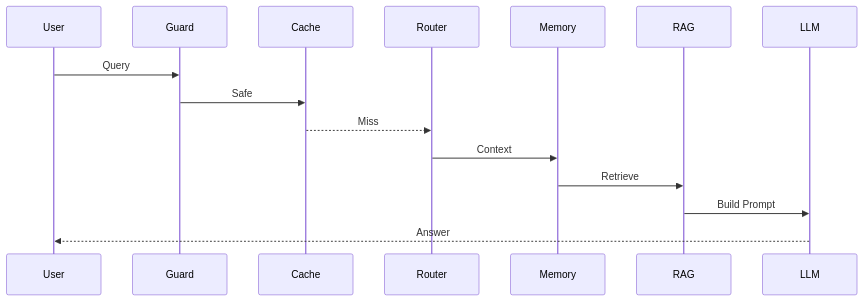
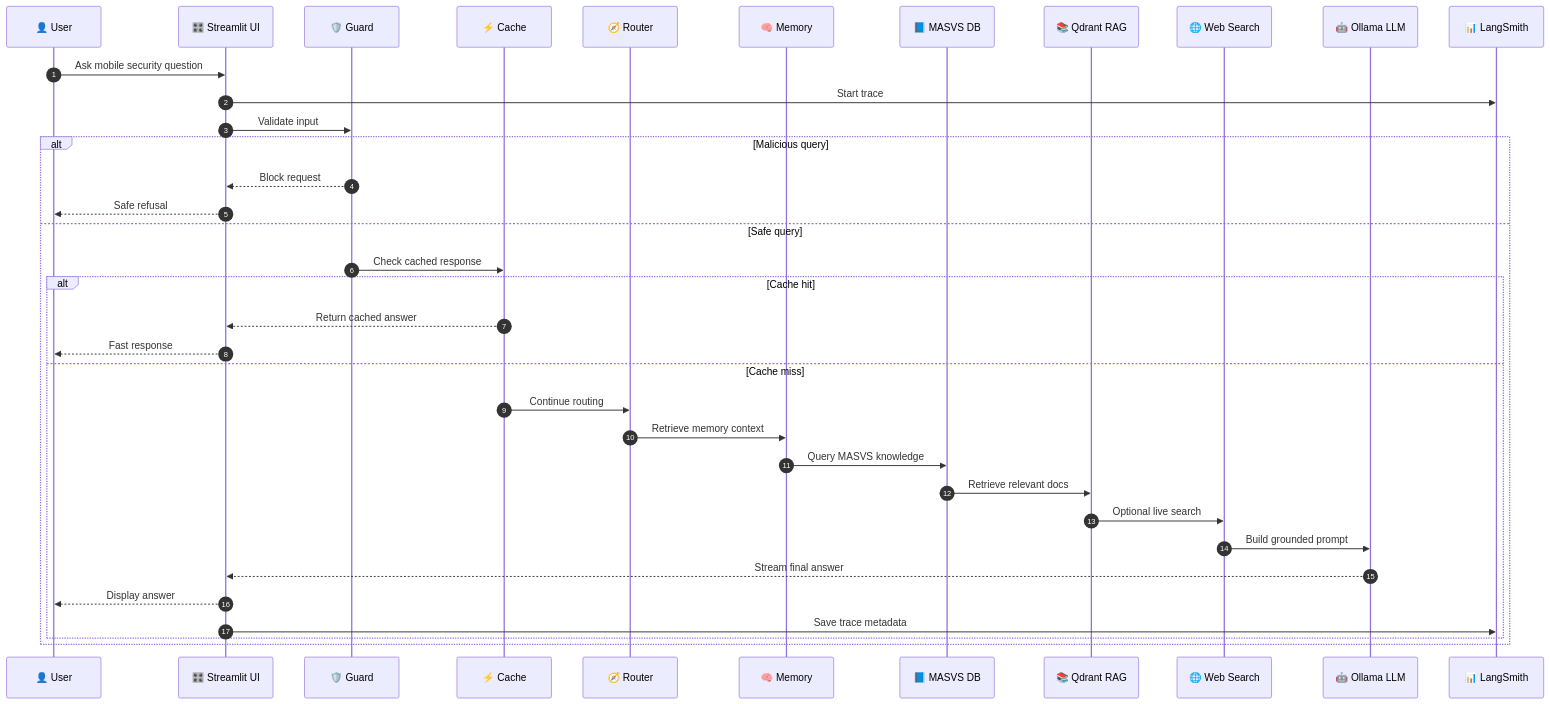
One commit to A7med668/LangGraph-Multi-Agent-Mobile-Security-Assistant changed the second of 6 diagrams in README.md. Above: the diagram before and after it, drawn with Mermaid. The commit also changed other lines of this file and 8 other files, not shown here.

````diff
--- a/README.md
+++ b/README.md
@@ -63,18 +87,42 @@
 ```mermaid
 sequenceDiagram
-    participant User
-    participant Guard
-    participant Cache
-    participant Router
-    participant Memory
-    participant RAG
-    participant LLM
+    autonumber
 
-    User->>Guard: Query
-    Guard->>Cache: Safe
-    Cache-->>Router: Miss
-    Router->>Memory: Context
-    Memory->>RAG: Retrieve
-    RAG->>LLM: Build Prompt
-    LLM-->>User: Answer
+    participant U as 👤 User
+    participant UI as 🎛️ Streamlit UI
+    participant G as 🛡️ Guard
+    participant C as ⚡ Cache
+    participant R as 🧭 Router
+    participant M as 🧠 Memory
+    participant DB as 📘 MASVS DB
+    participant V as 📚 Qdrant RAG
+    participant W as 🌐 Web Search
+    participant LLM as 🤖 Ollama LLM
+    participant LS as 📊 LangSmith
+
+    U->>UI: Ask mobile security question
+    UI->>LS: Start trace
+    UI->>G: Validate input
+
+    alt Malicious query
+        G-->>UI: Block request
+        UI-->>U: Safe refusal
+    else Safe query
+        G->>C: Check cached response
+
+        alt Cache hit
+            C-->>UI: Return cached answer
+            UI-->>U: Fast response
+        else Cache miss
+            C->>R: Continue routing
+            R->>M: Retrieve memory context
+            M->>DB: Query MASVS knowledge
+            DB->>V: Retrieve relevant docs
+            V->>W: Optional live search
+            W->>LLM: Build grounded prompt
+            LLM-->>UI: Stream final answer
+            UI-->>U: Display answer
+            UI->>LS: Save trace metadata
+        end
+    end
 ```
````
